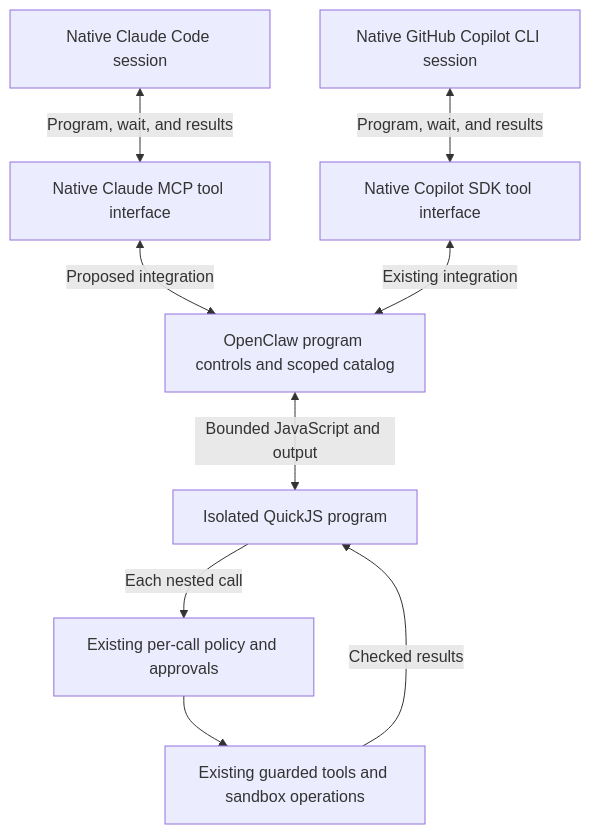
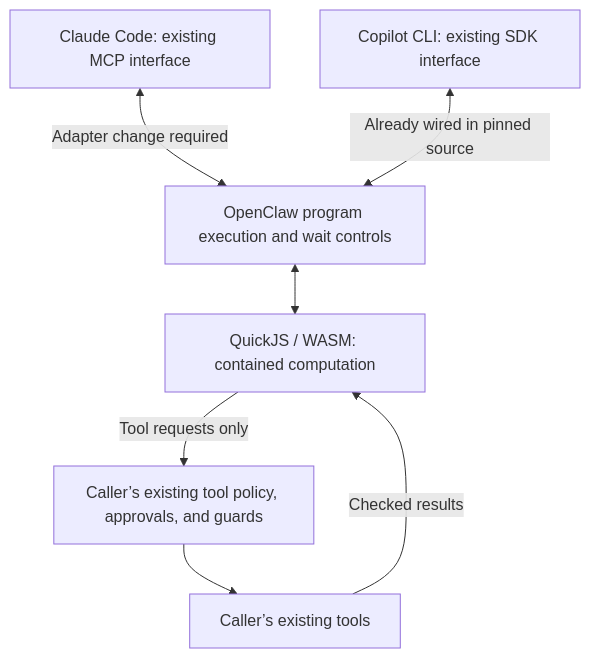
The diagram in docs/plans/programmatic-tool-calling.md (coletaylor788/puddles), drawn with Mermaid before and after one commit. The commit also changed other lines of this file, not shown here.

Commit message:
docs: clarify contained scripting across native harnesses (#308)

````diff
--- a/docs/plans/programmatic-tool-calling.md
+++ b/docs/plans/programmatic-tool-calling.md
@@ -27,19 +22,15 @@
 ```mermaid
 flowchart TD
-    Claude["Native Claude Code session"]
-    Copilot["Native GitHub Copilot CLI session"]
-    MCP["Native Claude MCP tool interface"]
-    SDK["Native Copilot SDK tool interface"]
-    Surface["OpenClaw program controls and scoped catalog"]
-    Guest["Isolated QuickJS program"]
-    Policy["Existing per-call policy and approvals"]
-    Tools["Existing guarded tools and sandbox operations"]
-    Claude <-->|"Program, wait, and results"| MCP
-    Copilot <-->|"Program, wait, and results"| SDK
-    MCP <-->|"Proposed integration"| Surface
-    SDK <-->|"Existing integration"| Surface
-    Surface <-->|"Bounded JavaScript and output"| Guest
-    Guest -->|"Each nested call"| Policy
+    Claude["Claude Code: existing MCP interface"]
+    Copilot["Copilot CLI: existing SDK interface"]
+    Controls["OpenClaw program execution and wait controls"]
+    Guest["QuickJS / WASM: contained computation"]
+    Policy["Caller’s existing tool policy, approvals, and guards"]
+    Tools["Caller’s existing tools"]
+    Claude <-->|"Adapter change required"| Controls
+    Copilot <-->|"Already wired in pinned source"| Controls
+    Controls <--> Guest
+    Guest -->|"Tool requests only"| Policy
     Policy --> Tools
     Tools -->|"Checked results"| Guest
 ```
````
